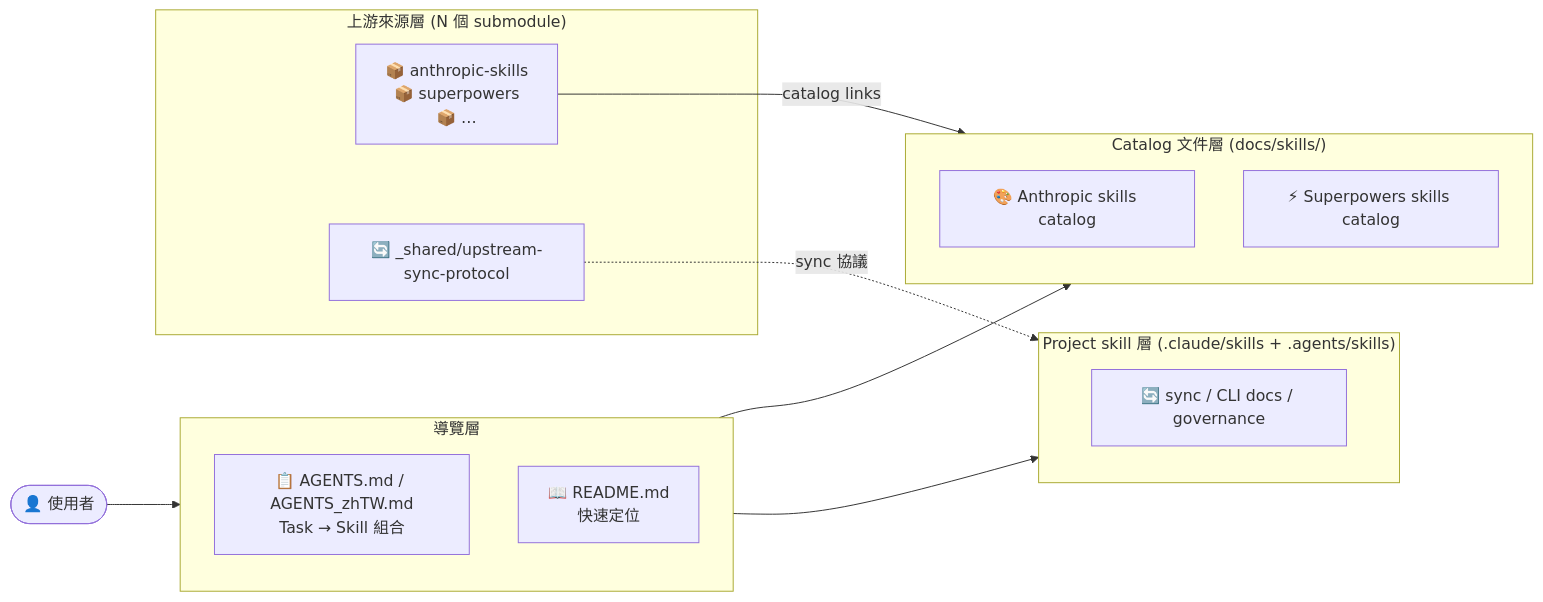
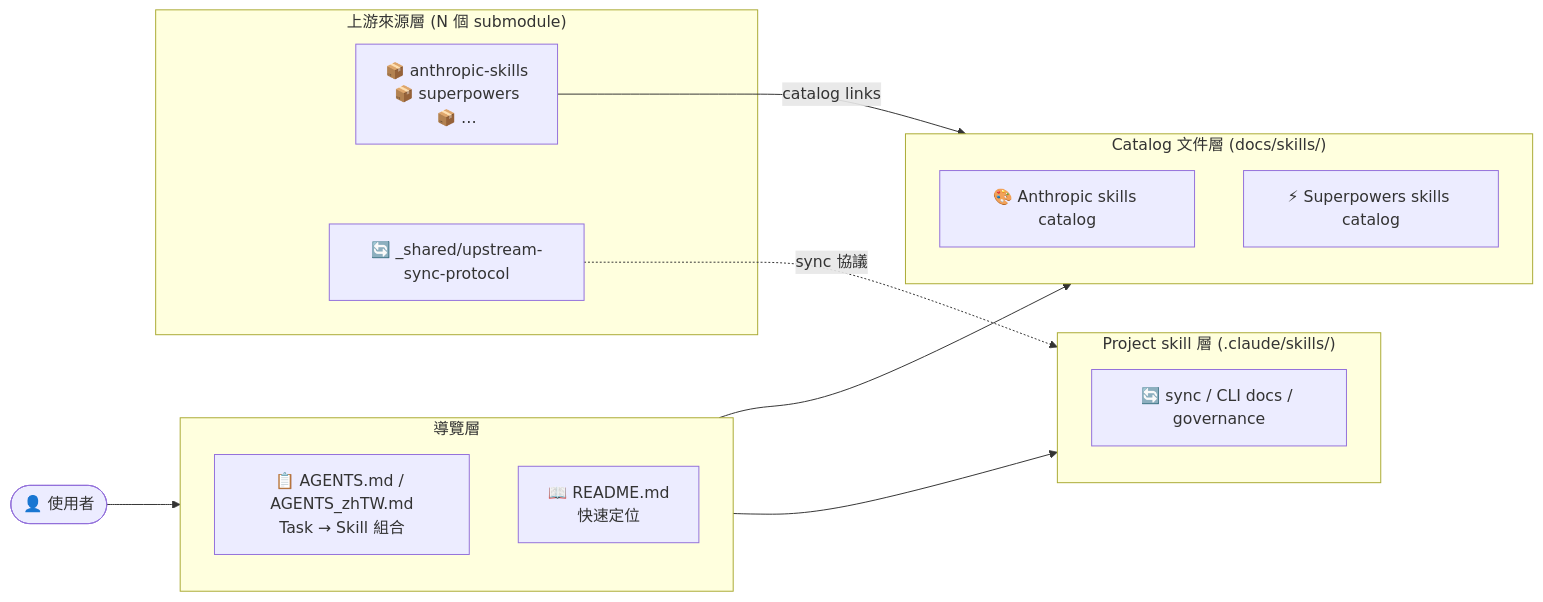
One commit to Aery9527/ai-copilot-spells changed the first of 2 diagrams in README.md. Above: the diagram before and after it, drawn with Mermaid. The commit also changed other lines of this file and 5 other files, not shown here.

Commit message:
refactor(claude-skills): consolidate project skill governance

````diff
--- a/README.md
+++ b/README.md
@@ -5,29 +5,29 @@
 ```mermaid
 flowchart LR
     U(["👤 使用者"])
 
     subgraph nav ["導覽層"]
         A["📋 AGENTS.md / AGENTS_zhTW.md\nTask → Skill 組合"]
         B["📖 README.md\n快速定位"]
     end
 
     subgraph refs ["Catalog 文件層 (docs/skills/)"]
         direction TB
         R1["🎨 Anthropic skills catalog"]
         R2["⚡ Superpowers skills catalog"]
     end
 
-    subgraph runtime ["Project skill 層 (.claude/skills + .agents/skills)"]
+    subgraph runtime ["Project skill 層 (.claude/skills/)"]
         C1["🔄 sync / CLI docs / governance"]
     end
 
     subgraph upstream ["上游來源層 (N 個 submodule)"]
         S["📦 anthropic-skills\n📦 superpowers\n📦 …"]
         P["🔄 _shared/upstream-sync-protocol"]
     end
 
     U --> nav --> refs
     nav --> runtime
     S -->|"catalog links"| refs
     P -.->|"sync 協議"| runtime
 ```
````
